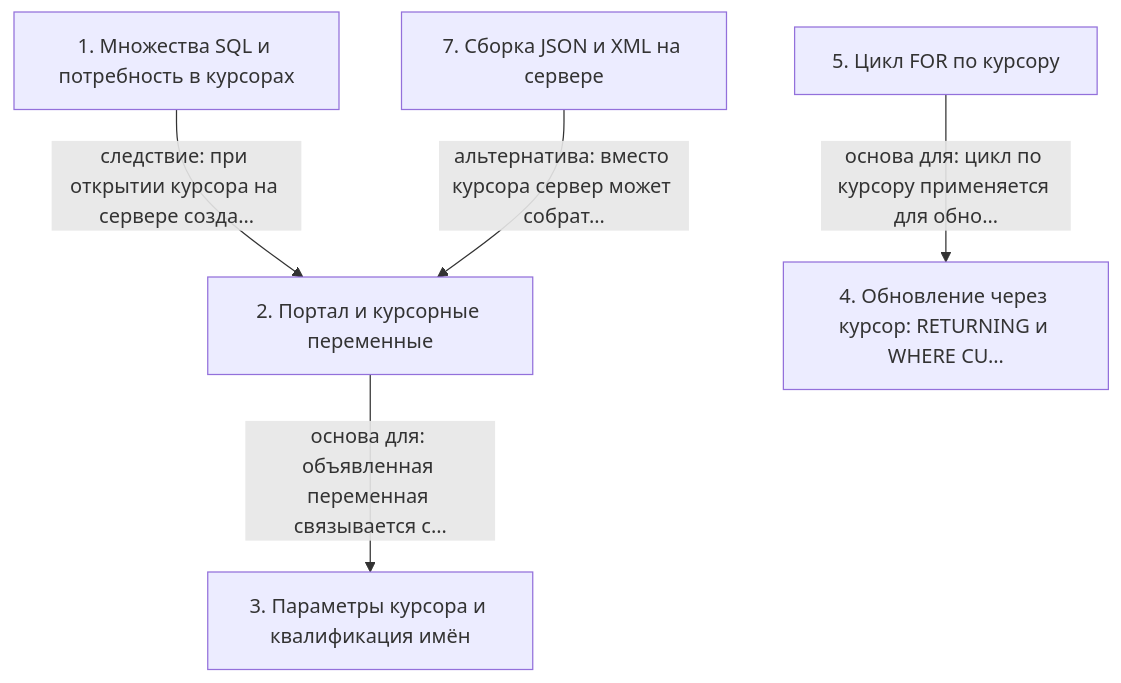
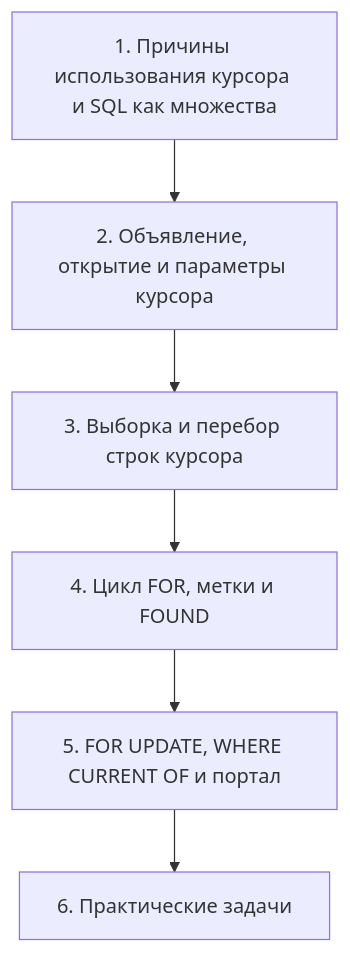
One commit to AsoloCode/notes changed the diagram in postgres-dev1/14 - DEV1-16. 13. Курсоры/notes.md. Above: the diagram before and after it, drawn with Mermaid. The commit also changed other lines of this file and 503 other files, not shown here.

First line of the commit message:
Обновить конспекты PostgreSQL (QPT-16, DEV1-16): слайды, схемы, факт-чек

````diff
--- a/postgres-dev1/14 - DEV1-16. 13. Курсоры/notes.md
+++ b/postgres-dev1/14 - DEV1-16. 13. Курсоры/notes.md
@@ -107,13 +341,14 @@
 ```mermaid
 flowchart TD
-    n1["1. Множества SQL и потребность в курсорах"]
-    n2["2. Портал и курсорные переменные"]
-    n3["3. Параметры курсора и квалификация имён"]
-    n4["4. Обновление через курсор: RETURNING и WHERE CU…"]
-    n5["5. Цикл FOR по курсору"]
-    n7["7. Сборка JSON и XML на сервере"]
-    n1 -->|следствие: при открытии курсора на сервере созда…| n2
-    n2 -->|основа для: объявленная переменная связывается с…| n3
-    n5 -->|основа для: цикл по курсору применяется для обно…| n4
-    n7 -->|альтернатива: вместо курсора сервер может собрат…| n2
+    n1["1. Причины использования курсора и SQL как множества"]
+    n2["2. Объявление, открытие и параметры курсора"]
+    n3["3. Выборка и перебор строк курсора"]
+    n4["4. Цикл FOR, метки и FOUND"]
+    n5["5. FOR UPDATE, WHERE CURRENT OF и портал"]
+    n6["6. Практические задачи"]
+    n1 --> n2
+    n2 --> n3
+    n3 --> n4
+    n4 --> n5
+    n5 --> n6
 ```
````
